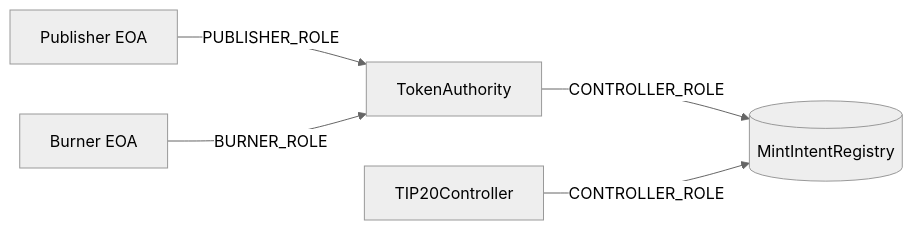
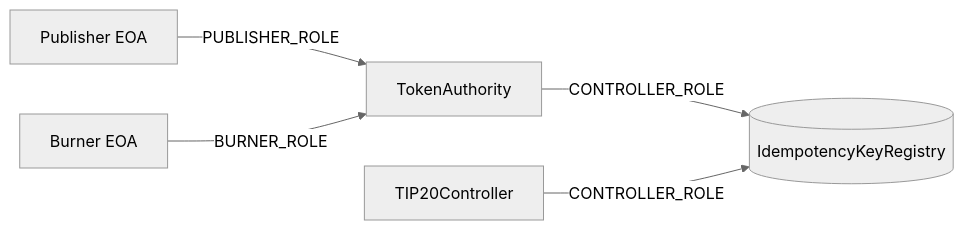
One commit to withbridge/erc20-stablecoin-template changed the second of 4 diagrams in docs/ACCESS_CONTROL.md. Above: the diagram before and after it, drawn with Mermaid (neutral theme). The commit also changed other lines of this file and 31 other files, not shown here.

Commit message:
update registry to track idempotency keys

````diff
--- a/docs/ACCESS_CONTROL.md
+++ b/docs/ACCESS_CONTROL.md
@@ -201,7 +193,7 @@
 ```mermaid
 graph LR
     PUB[Publisher EOA] -->|PUBLISHER_ROLE| TA[TokenAuthority]
     BRN[Burner EOA] -->|BURNER_ROLE| TA
-    TA -->|CONTROLLER_ROLE| MIR[(MintIntentRegistry)]
+    TA -->|CONTROLLER_ROLE| MIR[(IdempotencyKeyRegistry)]
     T20[TIP20Controller] -->|CONTROLLER_ROLE| MIR
 ```
````
